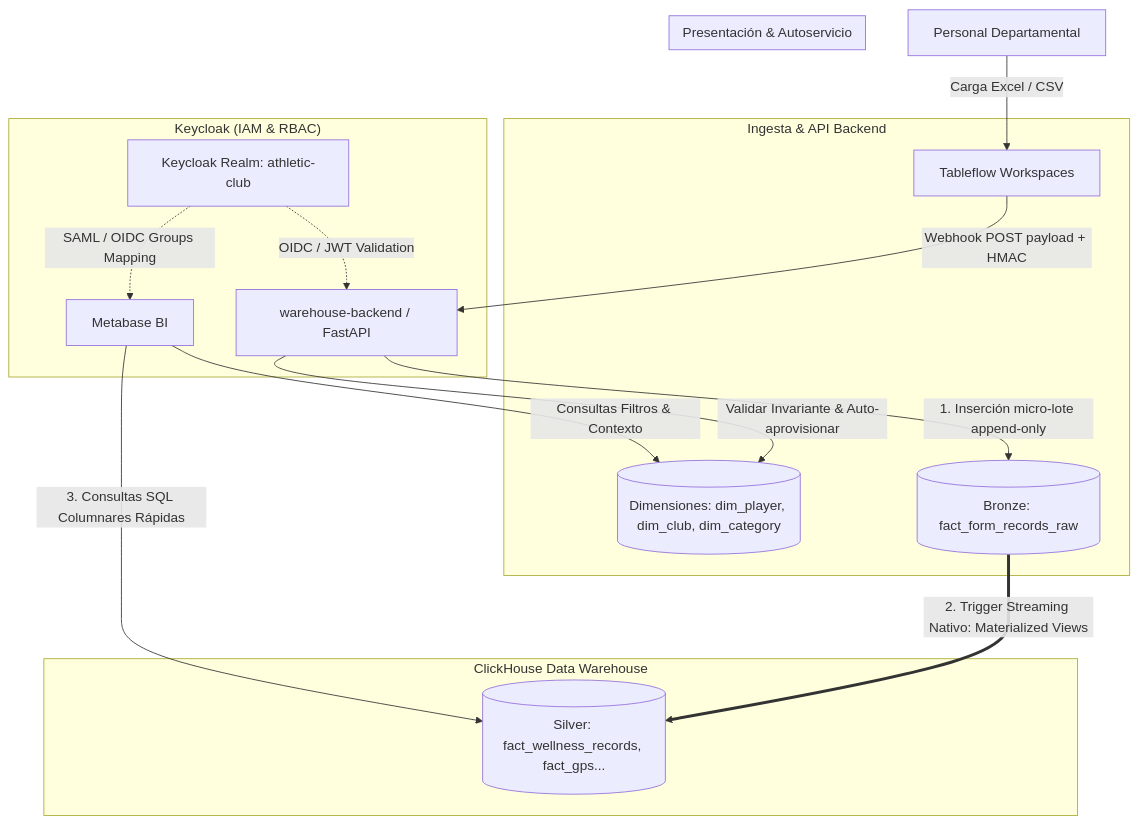
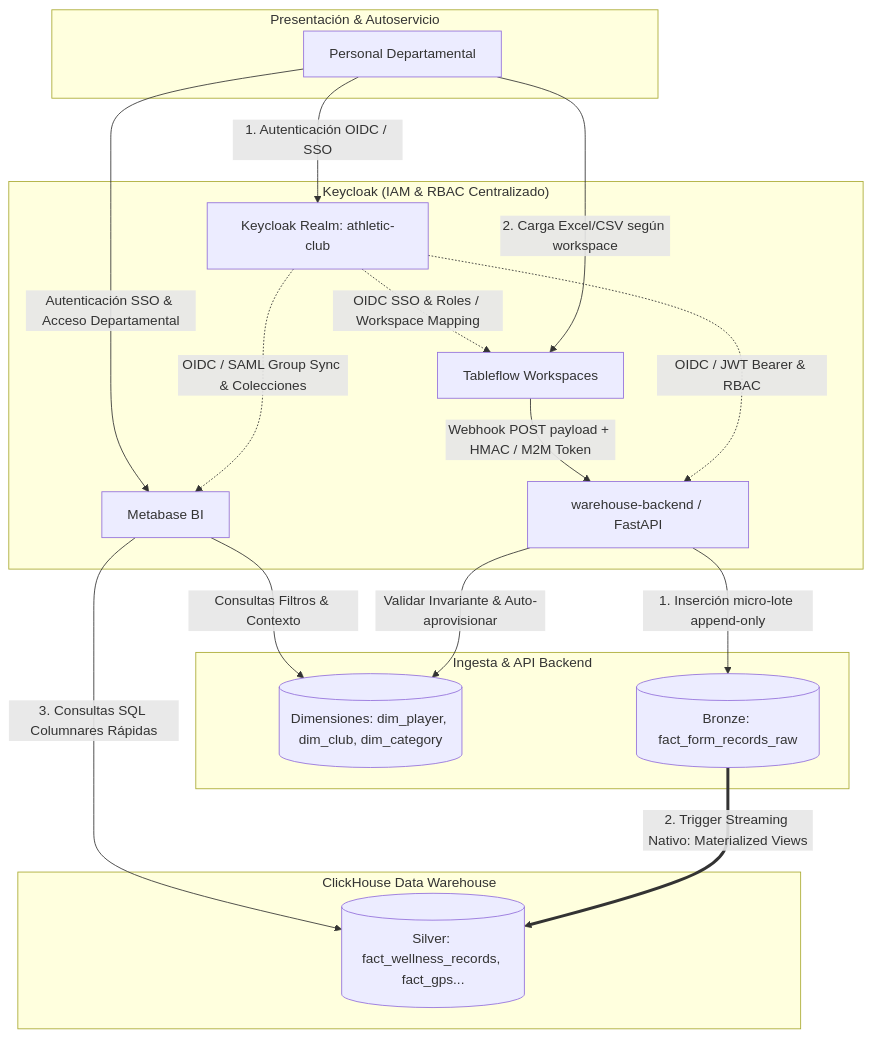
One commit to Daniher01/athletic-warehouse changed the first of 2 diagrams in docs/adr/0001-project-architecture.md. Above: the diagram before and after it, drawn with Mermaid. The commit also changed other lines of this file, not shown here.

Commit message:
docs(architecture): clarify Keycloak OIDC and RBAC integration across Tableflow, backend, and Metabase

````diff
--- a/docs/adr/0001-project-architecture.md
+++ b/docs/adr/0001-project-architecture.md
@@ -27,27 +27,30 @@
 ```mermaid
 flowchart TD
-    Staff[Personal Departamental] -->|Carga Excel / CSV| TF[Tableflow Workspaces]
+    Staff[Personal Departamental] -->|1. Autenticación OIDC / SSO| KC
+    Staff -->|2. Carga Excel/CSV según workspace| TF[Tableflow Workspaces]
 
-    subgraph IAM ["Keycloak (IAM & RBAC)"]
+    subgraph IAM ["Keycloak (IAM & RBAC Centralizado)"]
         KC[Keycloak Realm: athletic-club]
-        KC -.->|OIDC / JWT Validation| API[warehouse-backend / FastAPI]
-        KC -.->|SAML / OIDC Groups Mapping| MB[Metabase BI]
+        KC -.->|OIDC SSO & Roles / Workspace Mapping| TF
+        KC -.->|OIDC / JWT Bearer & RBAC| API[warehouse-backend / FastAPI]
+        KC -.->|OIDC / SAML Group Sync & Colecciones| MB[Metabase BI]
     end
 
     subgraph Ingestion ["Ingesta & API Backend"]
-        TF -->|Webhook POST payload + HMAC| API
+        TF -->|Webhook POST payload + HMAC / M2M Token| API
         API -->|Validar Invariante & Auto-aprovisionar| Dim
         API -->|1. Inserción micro-lote append-only| Bronze
     end
 
     subgraph OLAP ["ClickHouse Data Warehouse"]
         Dim[(Dimensiones: dim_player, dim_club, dim_category)]
         Bronze[(Bronze: fact_form_records_raw)]
         Bronze ==>|2. Trigger Streaming Nativo: Materialized Views| Silver[(Silver: fact_wellness_records, fact_gps...)]
     end
 
     subgraph BI ["Presentación & Autoservicio"]
+        Staff -->|Autenticación SSO & Acceso Departamental| MB
         MB -->|3. Consultas SQL Columnares Rápidas| Silver
         MB -->|Consultas Filtros & Contexto| Dim
     end
 ```
````
